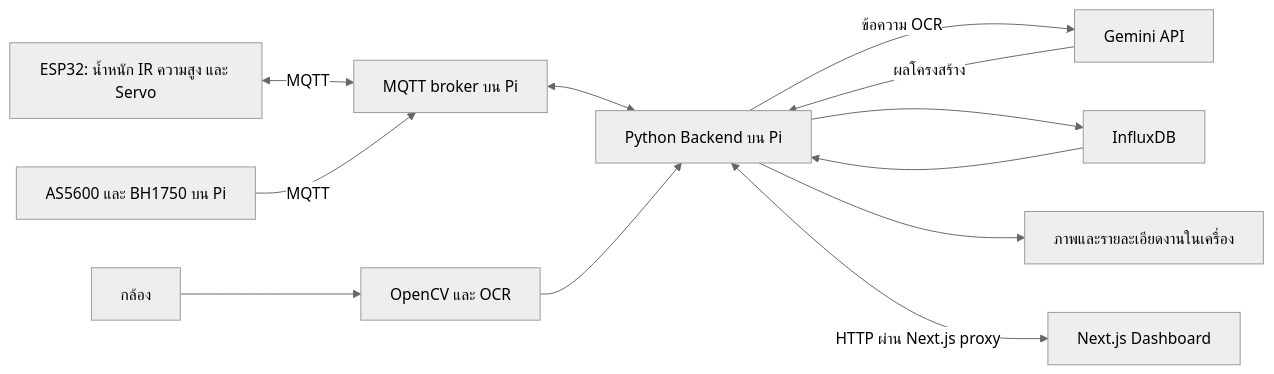
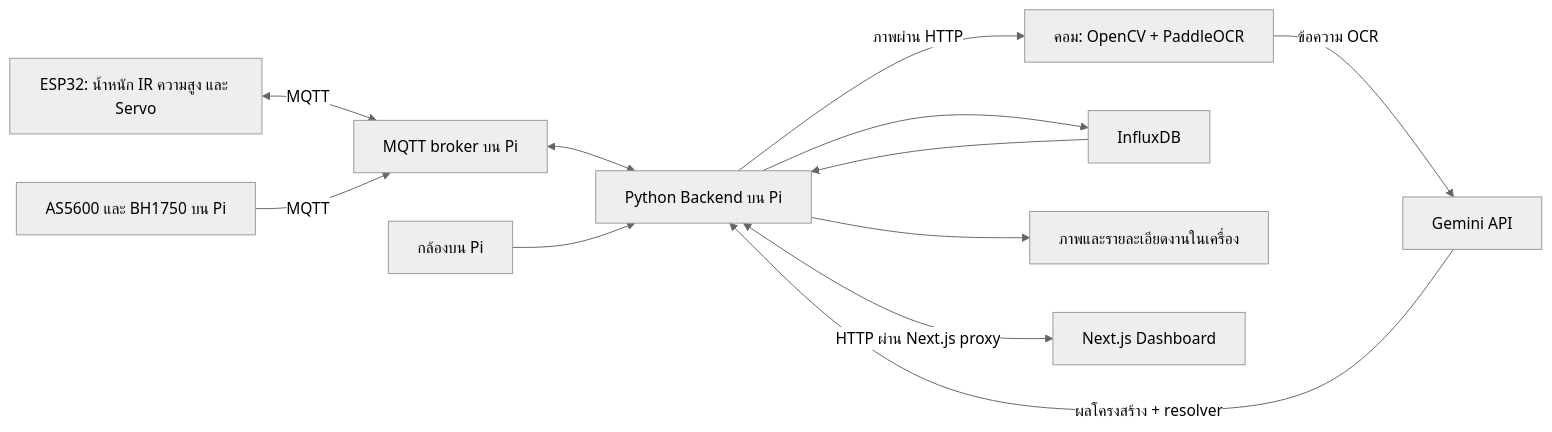
Before and after one commit to NAnont27/IoT-mini-sorting-hub: the second of 2 diagrams in docs/project/PROJECT_BRIEF_TH.md, drawn with Mermaid (neutral theme). The commit also changed other lines of this file and 30 other files, not shown here.

Commit message:
git commit -m "feat: OCR + Gemini AI pipeline, vision worker and OCR test page (D025/D026)"

````diff
--- a/docs/project/PROJECT_BRIEF_TH.md
+++ b/docs/project/PROJECT_BRIEF_TH.md
@@ -192,14 +192,14 @@
 ```mermaid
 flowchart LR
     NODE[ESP32: น้ำหนัก IR ความสูง และ Servo] <-->|MQTT| MQ[MQTT broker บน Pi]
     MQ <--> API[Python Backend บน Pi]
     SENS[AS5600 และ BH1750 บน Pi] -->|MQTT| MQ
-    CAM[กล้อง] --> CV[OpenCV และ OCR]
-    CV --> API
-    API -->|ข้อความ OCR| AI[Gemini API]
-    AI -->|ผลโครงสร้าง| API
+    CAM[กล้องบน Pi] --> API
+    API -->|ภาพผ่าน HTTP| CV[คอม: OpenCV + PaddleOCR]
+    CV -->|ข้อความ OCR| AI[Gemini API]
+    AI -->|ผลโครงสร้าง + resolver| API
     API --> DB[InfluxDB]
     API --> FILES[ภาพและรายละเอียดงานในเครื่อง]
     DB --> API
     API <-->|HTTP ผ่าน Next.js proxy| WEB[Next.js Dashboard]
 ```
````
